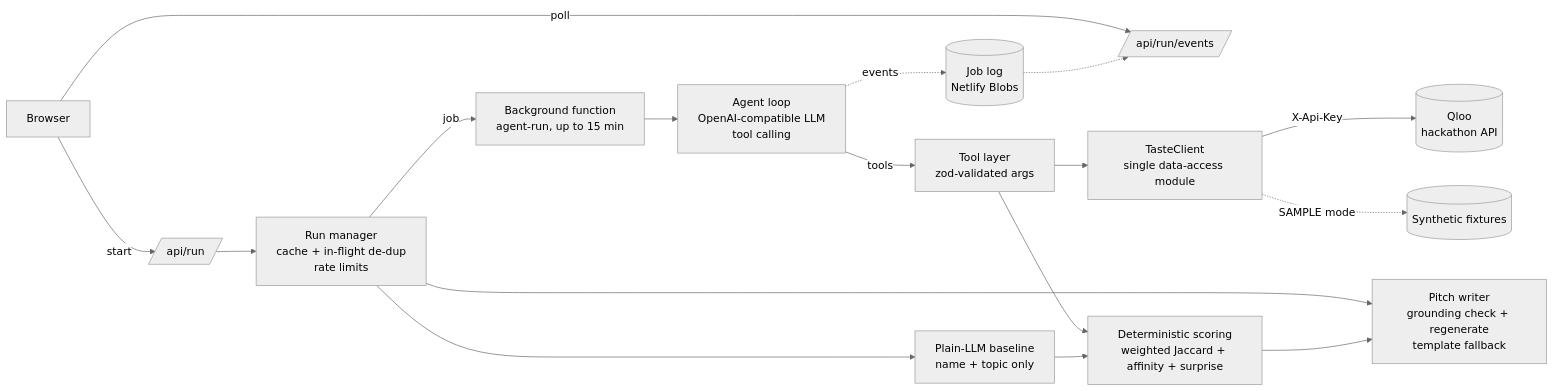
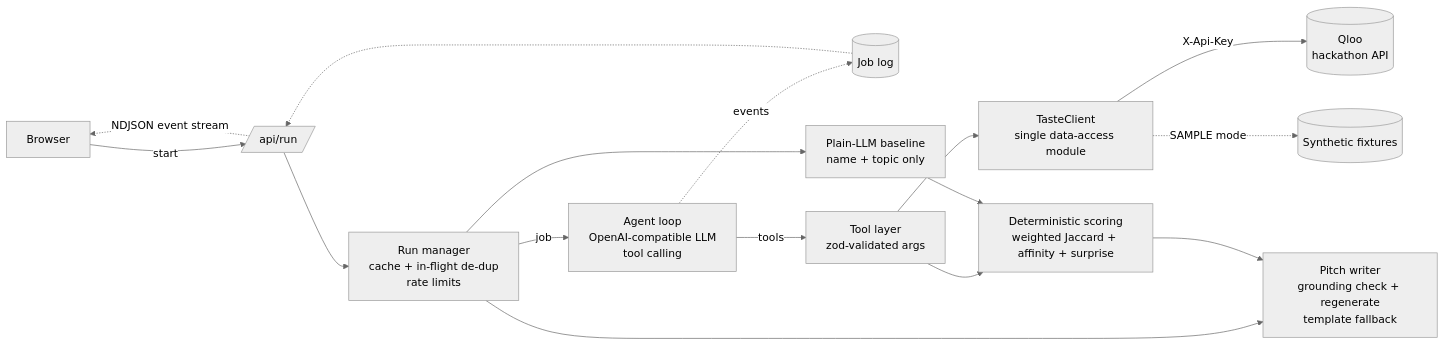
Before and after one commit to sarthak-1111/hostread: the diagram in README.md, drawn with Mermaid (neutral theme). The commit also changed other lines of this file and 7 other files, not shown here.

First line of the commit message:
feat(run): stream mode for Vercel, docs move hosting off Netlify

````diff
--- a/README.md
+++ b/README.md
@@ -47,19 +47,18 @@
 ```mermaid
 flowchart LR
   U[Browser] -- start --> R[/api/run/]
-  U -- poll --> E[/api/run/events/]
+  R -. NDJSON event stream .-> U
   R --> RM[Run manager<br/>cache + in-flight de-dup<br/>rate limits]
-  RM -- job --> BG[Background function<br/>agent-run, up to 15 min]
-  BG --> A[Agent loop<br/>OpenAI-compatible LLM<br/>tool calling]
-  A -. events .-> J[(Job log<br/>Netlify Blobs)]
-  J -.-> E
+  RM -- job --> A[Agent loop<br/>OpenAI-compatible LLM<br/>tool calling]
+  A -. events .-> J[(Job log)]
+  J -.-> R
   A -->|tools| T[Tool layer<br/>zod-validated args]
   T --> C[TasteClient<br/>single data-access module]
   C -->|X-Api-Key| Q[(Qloo<br/>hackathon API)]
   C -.SAMPLE mode.-> F[(Synthetic fixtures)]
   T --> S[Deterministic scoring<br/>weighted Jaccard + affinity + surprise]
   RM --> B[Plain-LLM baseline<br/>name + topic only]
   RM --> W[Pitch writer<br/>grounding check + regenerate<br/>template fallback]
   B --> S
   S --> W
 ```
````
